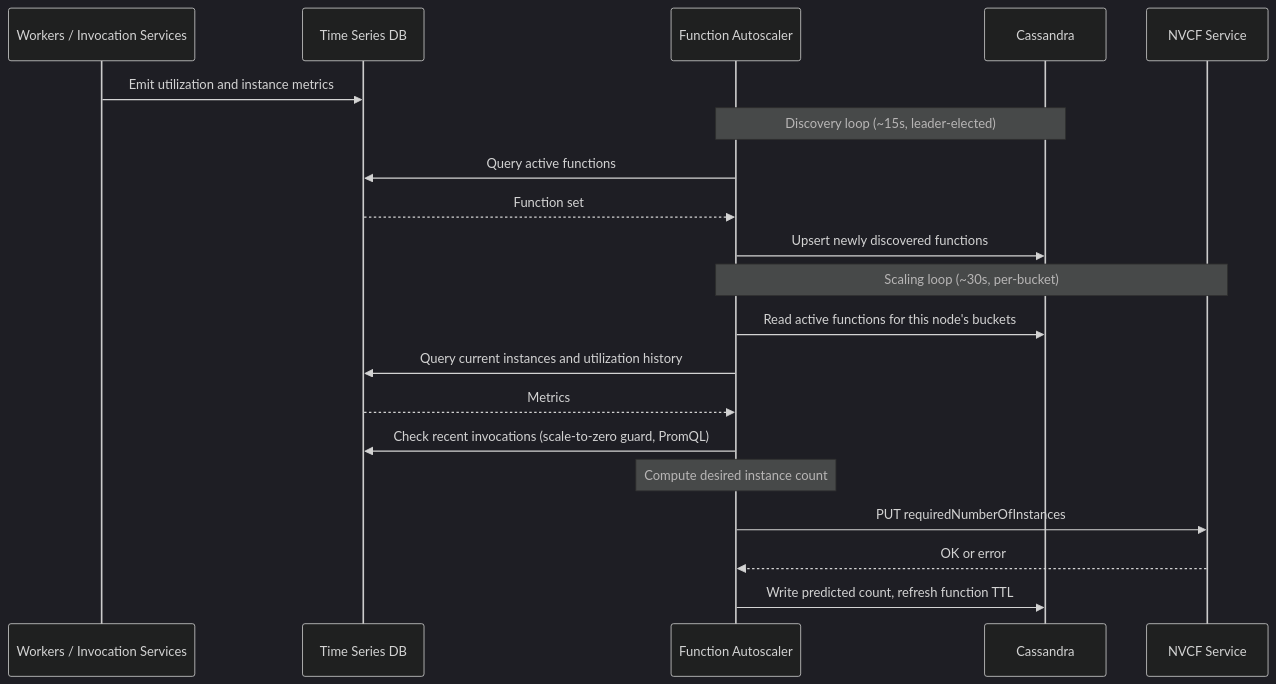
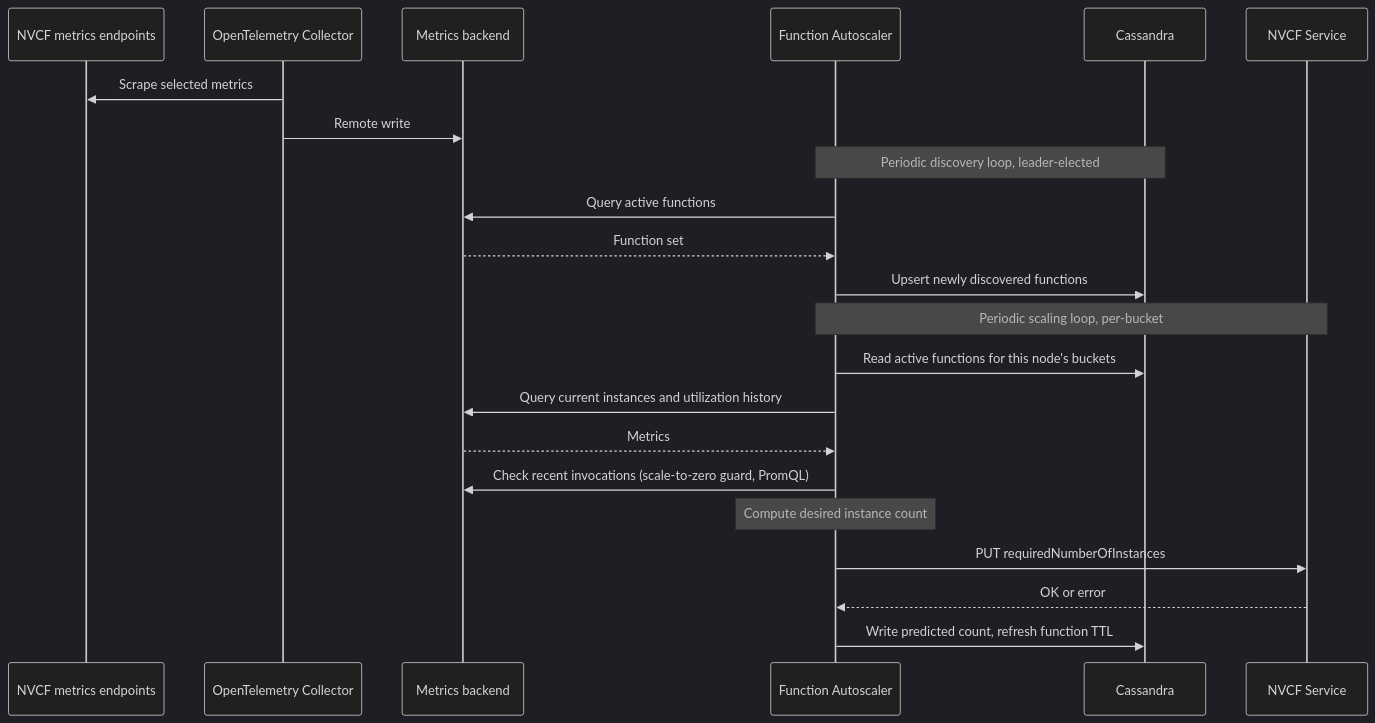
The diagram in docs/user/autoscaling/architecture.md (NVIDIA/nvcf), drawn with Mermaid (dark theme) before and after one commit. The commit also changed other lines of this file and 5 other files, not shown here.

````diff
--- a/docs/user/autoscaling/architecture.md
+++ b/docs/user/autoscaling/architecture.md
@@ -9,25 +15,27 @@
 ```mermaid
 sequenceDiagram
-    participant Workers as Workers / Invocation Services
-    participant TSDB as Time Series DB
+    participant Services as NVCF metrics endpoints
+    participant Collector as OpenTelemetry Collector
+    participant TSDB as Metrics backend
     participant Autoscaler as Function Autoscaler
     participant Cassandra as Cassandra
     participant NVCF as NVCF Service
 
-    Workers->>TSDB: Emit utilization and instance metrics
+    Collector->>Services: Scrape selected metrics
+    Collector->>TSDB: Remote write
 
-    Note over Autoscaler,Cassandra: Discovery loop (~15s, leader-elected)
+    Note over Autoscaler,Cassandra: Periodic discovery loop, leader-elected
     Autoscaler->>TSDB: Query active functions
     TSDB-->>Autoscaler: Function set
     Autoscaler->>Cassandra: Upsert newly discovered functions
 
-    Note over Autoscaler,NVCF: Scaling loop (~30s, per-bucket)
+    Note over Autoscaler,NVCF: Periodic scaling loop, per-bucket
     Autoscaler->>Cassandra: Read active functions for this node's buckets
     Autoscaler->>TSDB: Query current instances and utilization history
     TSDB-->>Autoscaler: Metrics
     Autoscaler->>TSDB: Check recent invocations (scale-to-zero guard, PromQL)
     Note over Autoscaler: Compute desired instance count
     Autoscaler->>NVCF: PUT requiredNumberOfInstances
     NVCF-->>Autoscaler: OK or error
     Autoscaler->>Cassandra: Write predicted count, refresh function TTL
 ```
````
